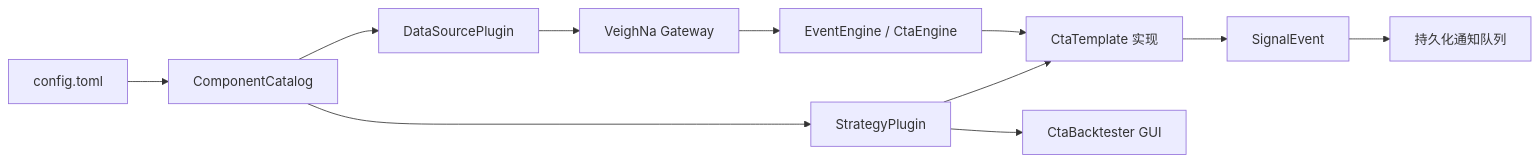
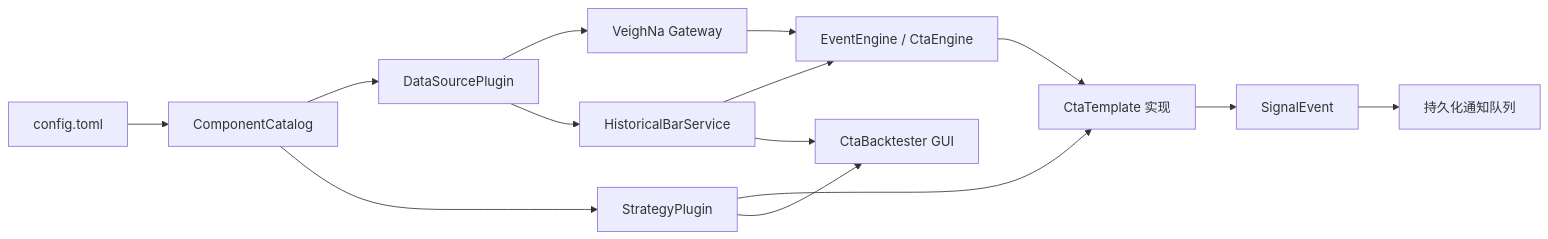
One commit to tufeiming/tradepilot changed the diagram in docs/architecture.md. Above: the diagram before and after it, drawn with Mermaid. The commit also changed other lines of this file and 30 other files, not shown here.

````diff
--- a/docs/architecture.md
+++ b/docs/architecture.md
@@ -39,13 +45,16 @@
 ```mermaid
 flowchart LR
     Config["config.toml"] --> Catalog["ComponentCatalog"]
     Catalog --> Source["DataSourcePlugin"]
     Catalog --> Strategy["StrategyPlugin"]
     Source --> Gateway["VeighNa Gateway"]
+    Source --> History["HistoricalBarService"]
     Gateway --> Engine["EventEngine / CtaEngine"]
+    History --> Engine
+    History --> Research["CtaBacktester GUI"]
     Strategy --> Cta["CtaTemplate 实现"]
     Engine --> Cta
     Cta --> Signal["SignalEvent"]
     Signal --> Notify["持久化通知队列"]
-    Strategy --> Research["CtaBacktester GUI"]
+    Strategy --> Research
 ```
````
